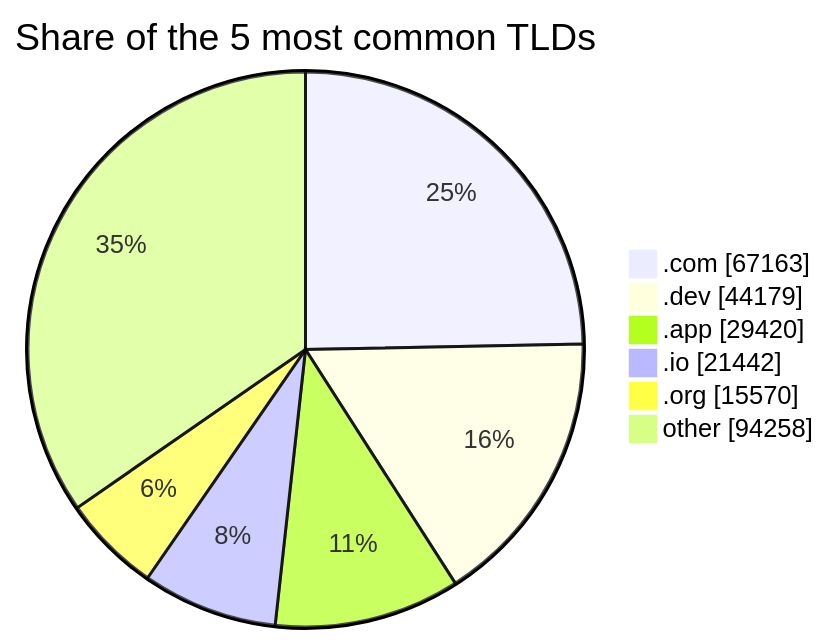
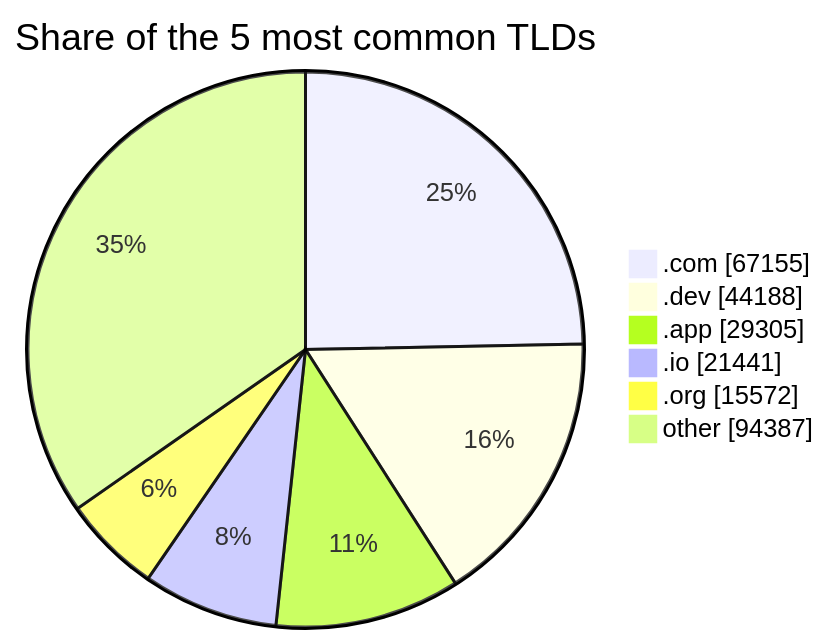
Before and after one commit to DNSBunker/CTI: the third of 3 diagrams in README.md, drawn with Mermaid. The commit also changed other lines of this file and 3 other files, not shown here.

````diff
--- a/README.md
+++ b/README.md
@@ -81,9 +81,9 @@
 ```mermaid
 pie showData title Share of the 5 most common TLDs
-    ".com" : 67163
-    ".dev" : 44179
-    ".app" : 29420
-    ".io" : 21442
-    ".org" : 15570
-    "other" : 94258
+    ".com" : 67155
+    ".dev" : 44188
+    ".app" : 29305
+    ".io" : 21441
+    ".org" : 15572
+    "other" : 94387
 ```
````
